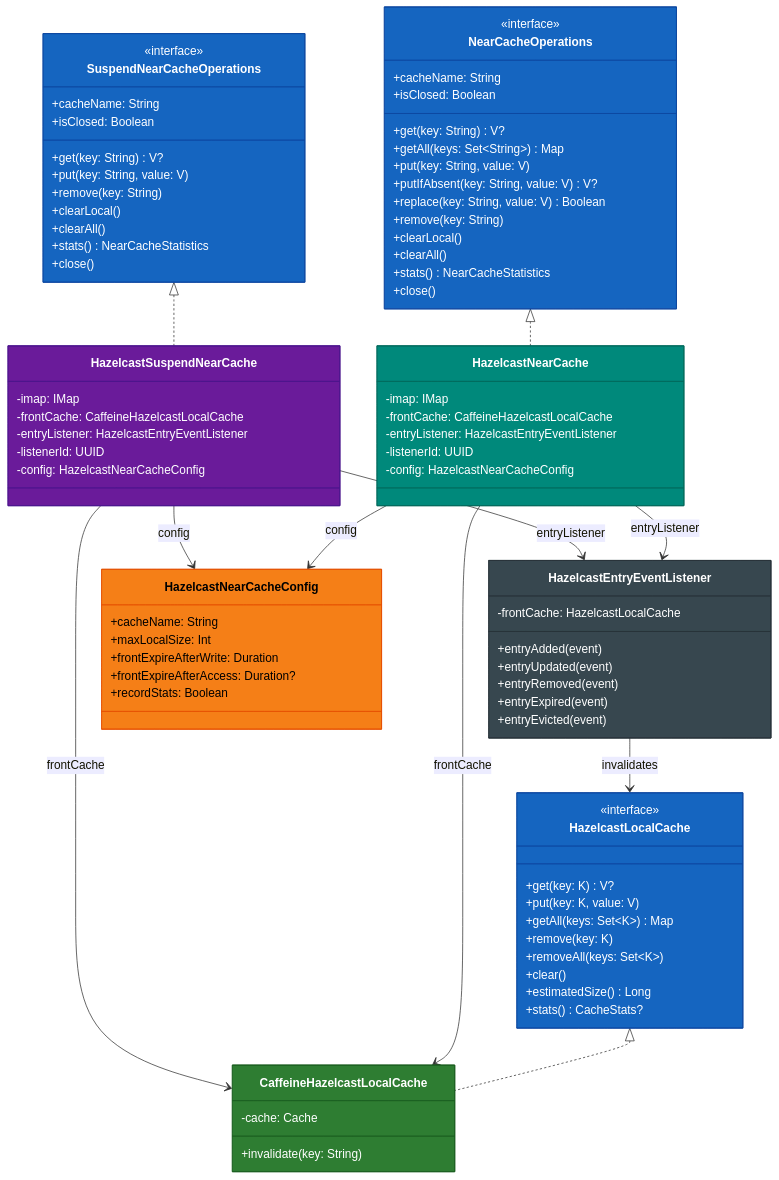
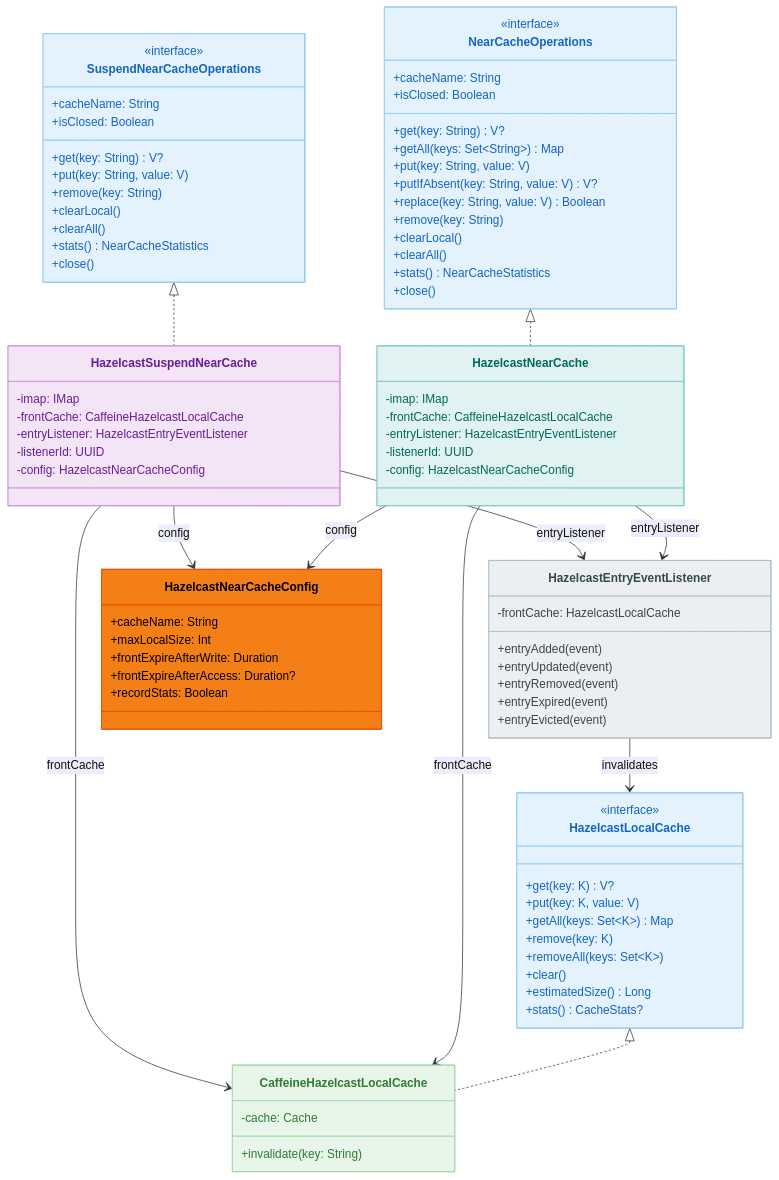
Before and after one commit to bluetape4k/bluetape4k-projects: the second of 3 diagrams in infra/cache-hazelcast/README.ko.md, drawn with Mermaid. The commit also changed other lines of this file and 219 other files, not shown here.

First line of the commit message:
docs: 전체 README Mermaid 다이어그램 가이드 적용

````diff
--- a/infra/cache-hazelcast/README.ko.md
+++ b/infra/cache-hazelcast/README.ko.md
@@ -243,13 +243,13 @@
     HazelcastSuspendNearCache --> HazelcastNearCacheConfig: config
     HazelcastEntryEventListener --> HazelcastLocalCache: invalidates
 
-    style NearCacheOperations fill:#1565C0,stroke:#0D47A1,color:#FFFFFF
-    style SuspendNearCacheOperations fill:#1565C0,stroke:#0D47A1,color:#FFFFFF
-    style HazelcastNearCache fill:#00897B,stroke:#00695C,color:#FFFFFF
-    style HazelcastSuspendNearCache fill:#6A1B9A,stroke:#4A148C,color:#FFFFFF
-    style HazelcastLocalCache fill:#1565C0,stroke:#0D47A1,color:#FFFFFF
-    style CaffeineHazelcastLocalCache fill:#2E7D32,stroke:#1B5E20,color:#FFFFFF
-    style HazelcastEntryEventListener fill:#37474F,stroke:#263238,color:#FFFFFF
+    style NearCacheOperations fill:#E3F2FD,stroke:#90CAF9,color:#1565C0
+    style SuspendNearCacheOperations fill:#E3F2FD,stroke:#90CAF9,color:#1565C0
+    style HazelcastNearCache fill:#E0F2F1,stroke:#80CBC4,color:#00695C
+    style HazelcastSuspendNearCache fill:#F3E5F5,stroke:#CE93D8,color:#6A1B9A
+    style HazelcastLocalCache fill:#E3F2FD,stroke:#90CAF9,color:#1565C0
+    style CaffeineHazelcastLocalCache fill:#E8F5E9,stroke:#A5D6A7,color:#2E7D32
+    style HazelcastEntryEventListener fill:#ECEFF1,stroke:#B0BEC5,color:#37474F
     style HazelcastNearCacheConfig fill:#F57F17,stroke:#E65100,color:#000000
 
 ```
````
